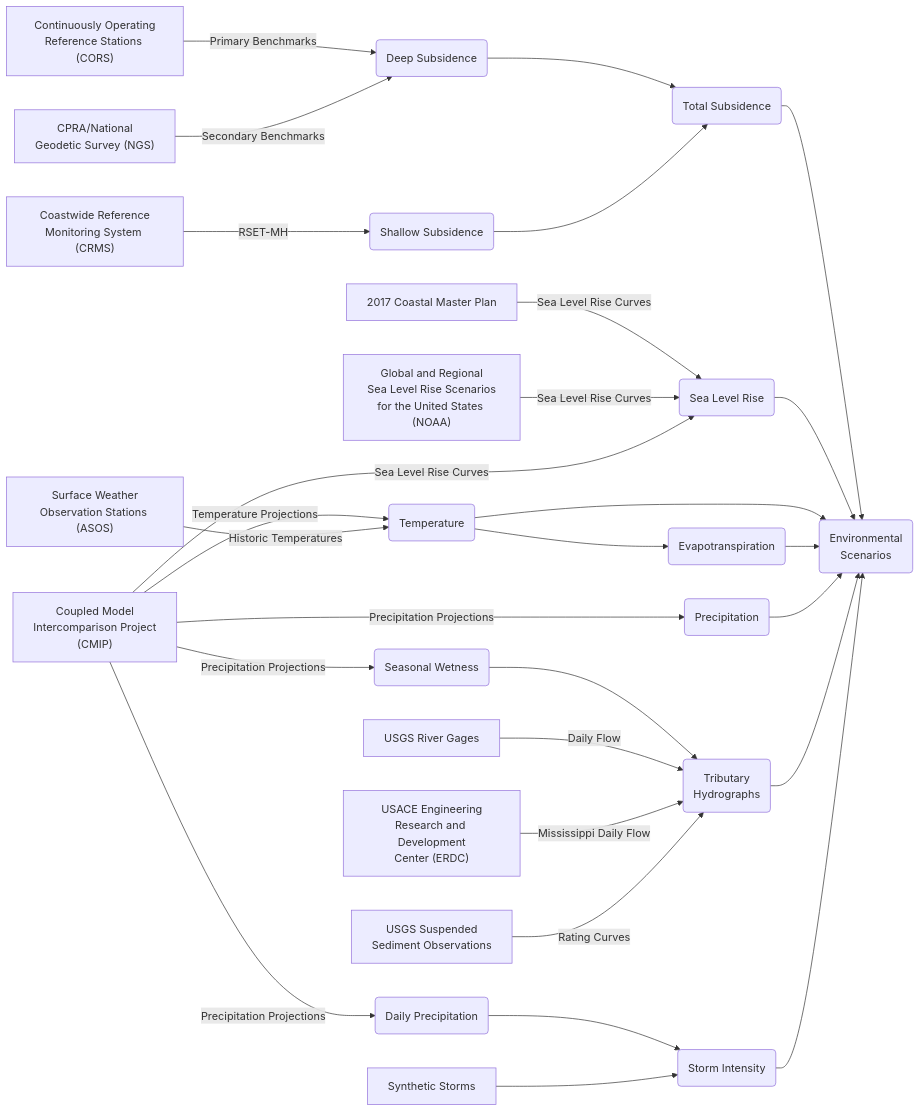
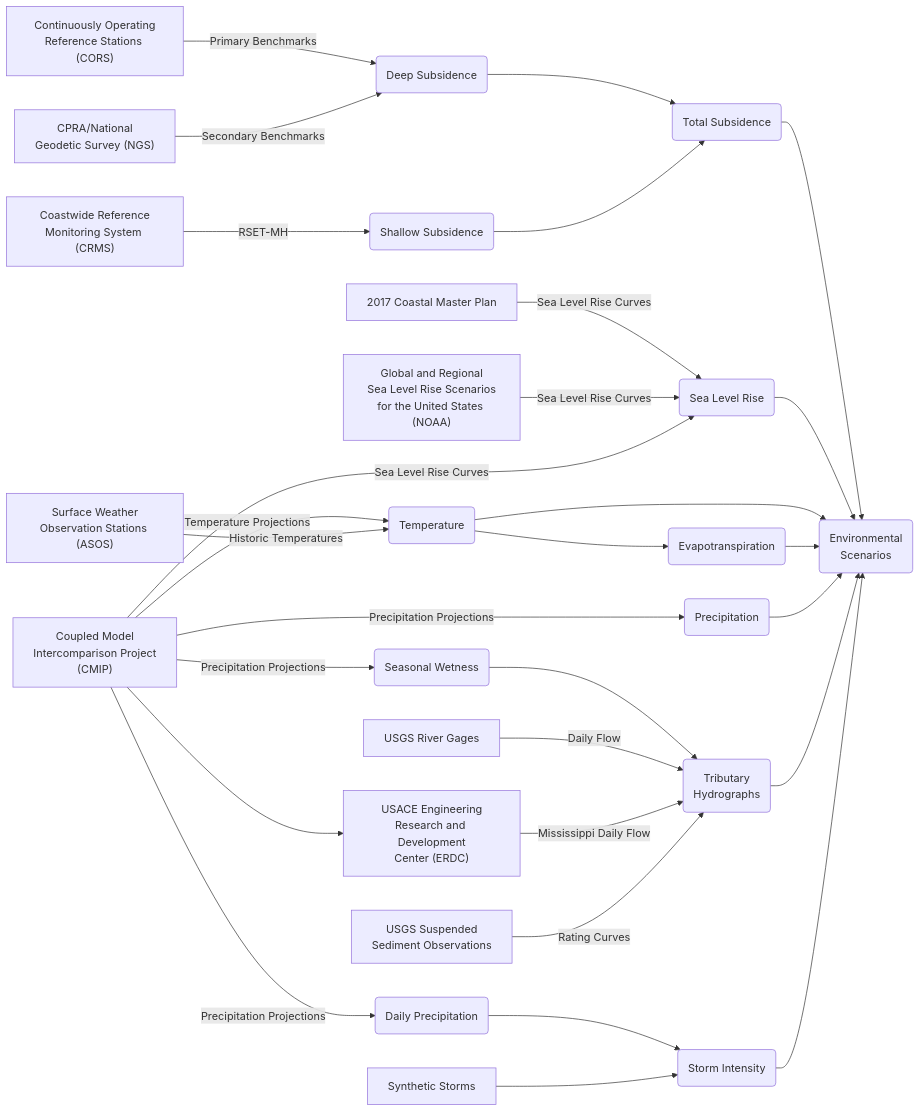
The second of 2 diagrams in README.md (pscedu/cpra-documentation), drawn with Mermaid before and after one commit.

Commit message:
edit to Miss River Hydrograph process path

````diff
--- a/README.md
+++ b/README.md
@@ -22,30 +22,30 @@
 ```mermaid
 flowchart LR
     CORS["Continuously Operating\nReference Stations (CORS)"] -->|Primary Benchmarks| DS(Deep Subsidence)
     NGS["CPRA/National\nGeodetic Survey (NGS)"] -->|Secondary Benchmarks| DS
     CRMS["Coastwide Reference\nMonitoring System (CRMS)"] -->|RSET-MH| SS(Shallow Subsidence)
     DS --> TS(Total Subsidence)
     SS --> TS
     TS --> ES("Environmental\nScenarios")
     MP2017["2017 Coastal Master Plan"] -->|Sea Level Rise Curves| SLR(Sea Level Rise)
     NOAA_SLR["Global and Regional\nSea Level Rise Scenarios\nfor the United States (NOAA)"] -->|Sea Level Rise Curves| SLR
     CMIP["Coupled Model\nIntercomparison Project\n(CMIP)"] -->|Sea Level Rise Curves| SLR
     SLR --> ES
     CMIP -->|Temperature Projections| Temp(Temperature)
     ASOS["Surface Weather\nObservation Stations (ASOS)"] -->|Historic Temperatures| Temp
     Temp --> ES
     Temp --> PET(Evapotranspiration)
     PET --> ES
     CMIP -->|Precipitation Projections| Precip(Precipitation)
     Precip --> ES
     CMIP -->|Precipitation Projections| SW(Seasonal Wetness)
     SW --> TH(Tributary\nHydrographs)
     TH --> ES
     USGS_Gages["USGS River Gages"] -->|Daily Flow| TH
-    ERDC["USACE Engineering\nResearch and Development\nCenter (ERDC)"] -->|Mississippi Daily Flow| TH
+    CMIP --> ERDC["USACE Engineering\nResearch and Development\nCenter (ERDC)"] -->|Mississippi Daily Flow| TH
     USGS_SS["USGS Suspended\nSediment Observations"] -->|Rating Curves| TH
     CMIP -->|Precipitation Projections| DP(Daily Precipitation)
     DP --> SI("Storm Intensity")
     SStorm["Synthetic Storms"] --> SI
     SI --> ES
 ```
````
